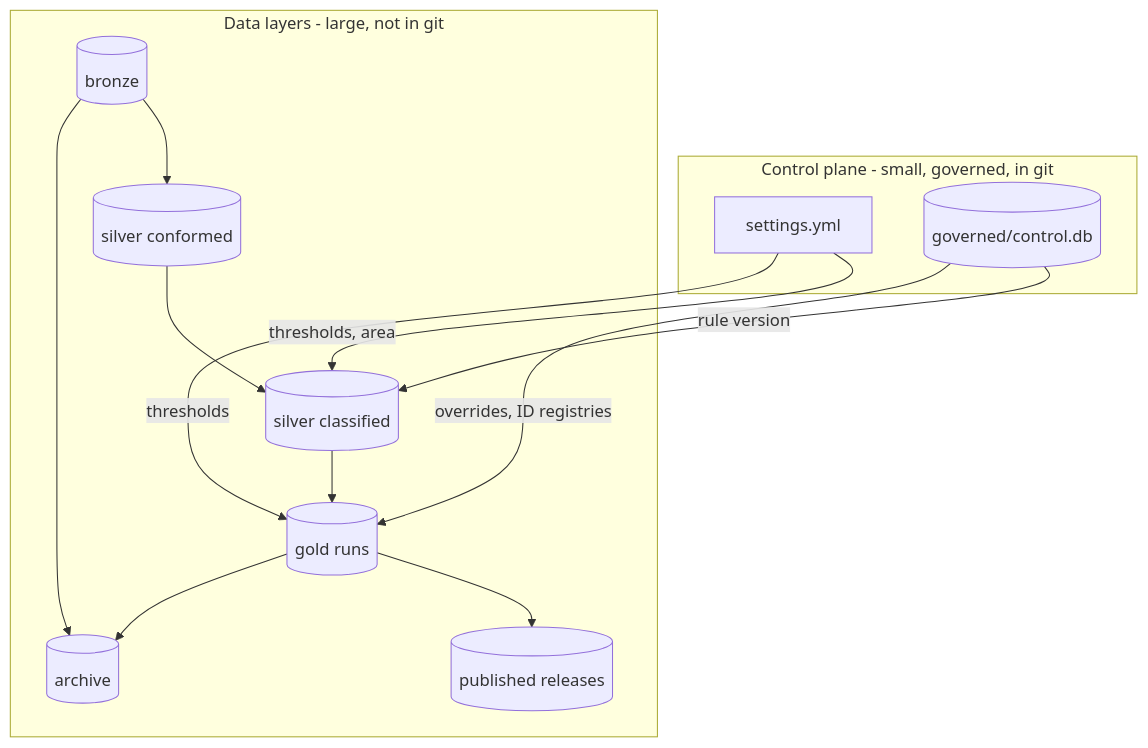
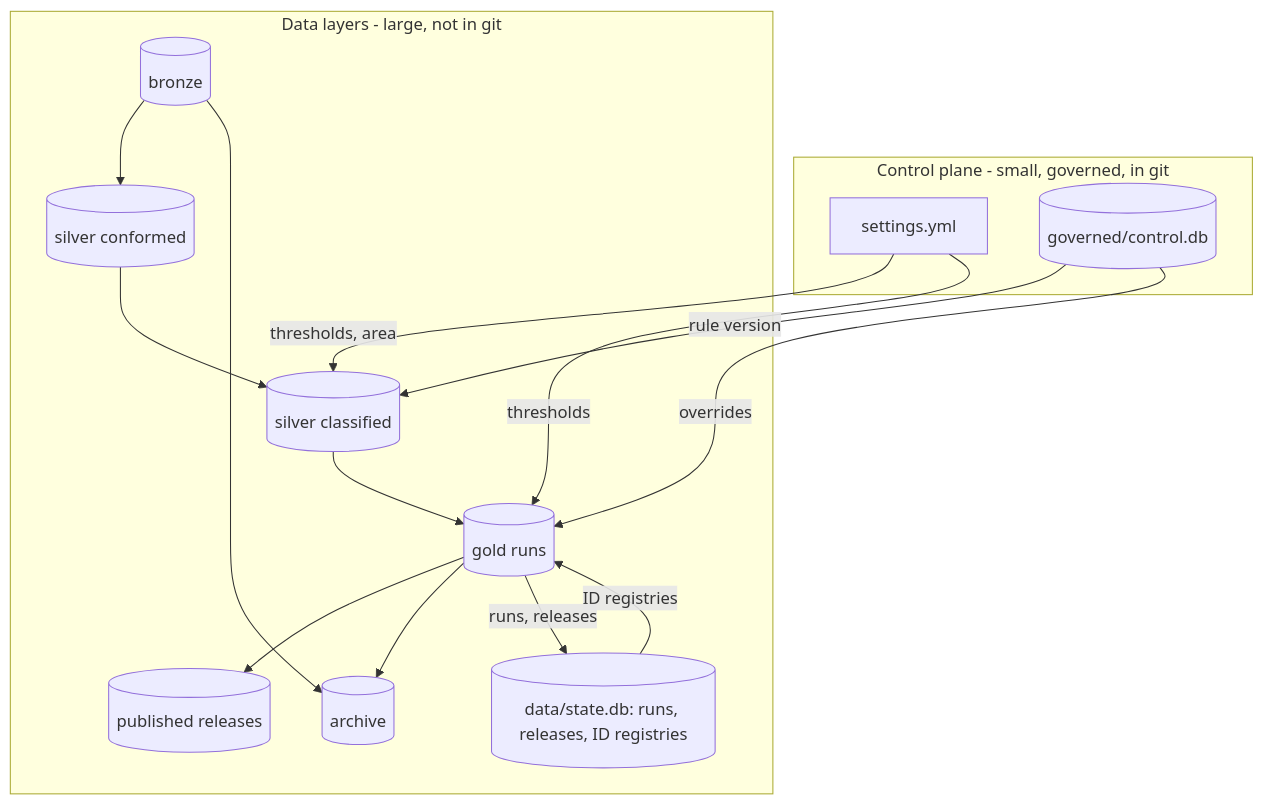
Before and after one commit to steadytack/CriticalBuildings: the first of 2 diagrams in docs/guide.md, drawn with Mermaid. The commit also changed other lines of this file and 12 other files, not shown here.

````diff
--- a/docs/guide.md
+++ b/docs/guide.md
@@ -25,16 +27,19 @@
 ```mermaid
 flowchart TB
     subgraph control[Control plane - small, governed, in git]
         cfg[settings.yml]
         db[(governed/control.db)]
     end
     subgraph data[Data layers - large, not in git]
         b[(bronze)] --> sc[(silver conformed)] --> sk[(silver classified)] --> g[(gold runs)] --> p[(published releases)]
         g --> a[(archive)]
         b --> a
+        st[(data/state.db: runs, releases, ID registries)]
     end
     db -- rule version --> sk
-    db -- overrides, ID registries --> g
+    db -- overrides --> g
+    st -- ID registries --> g
+    g -- runs, releases --> st
     cfg -- thresholds, area --> sk
     cfg -- thresholds --> g
 ```
````
